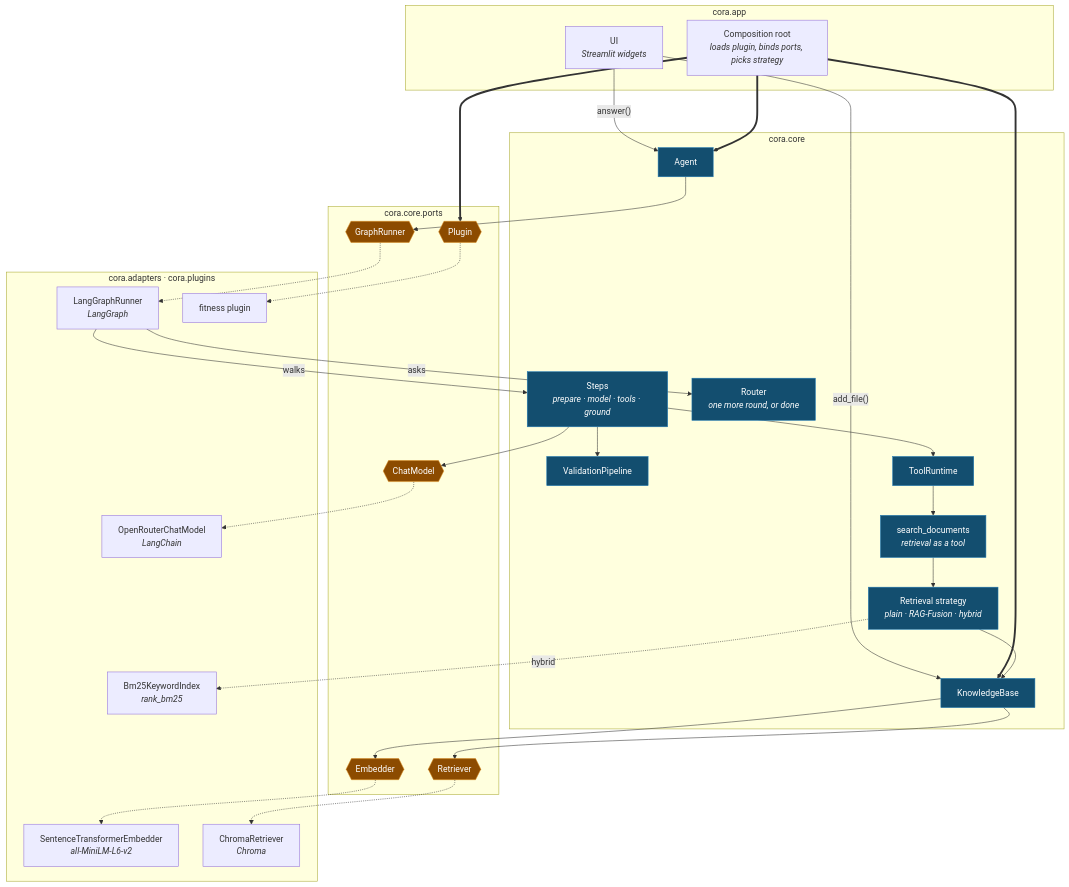
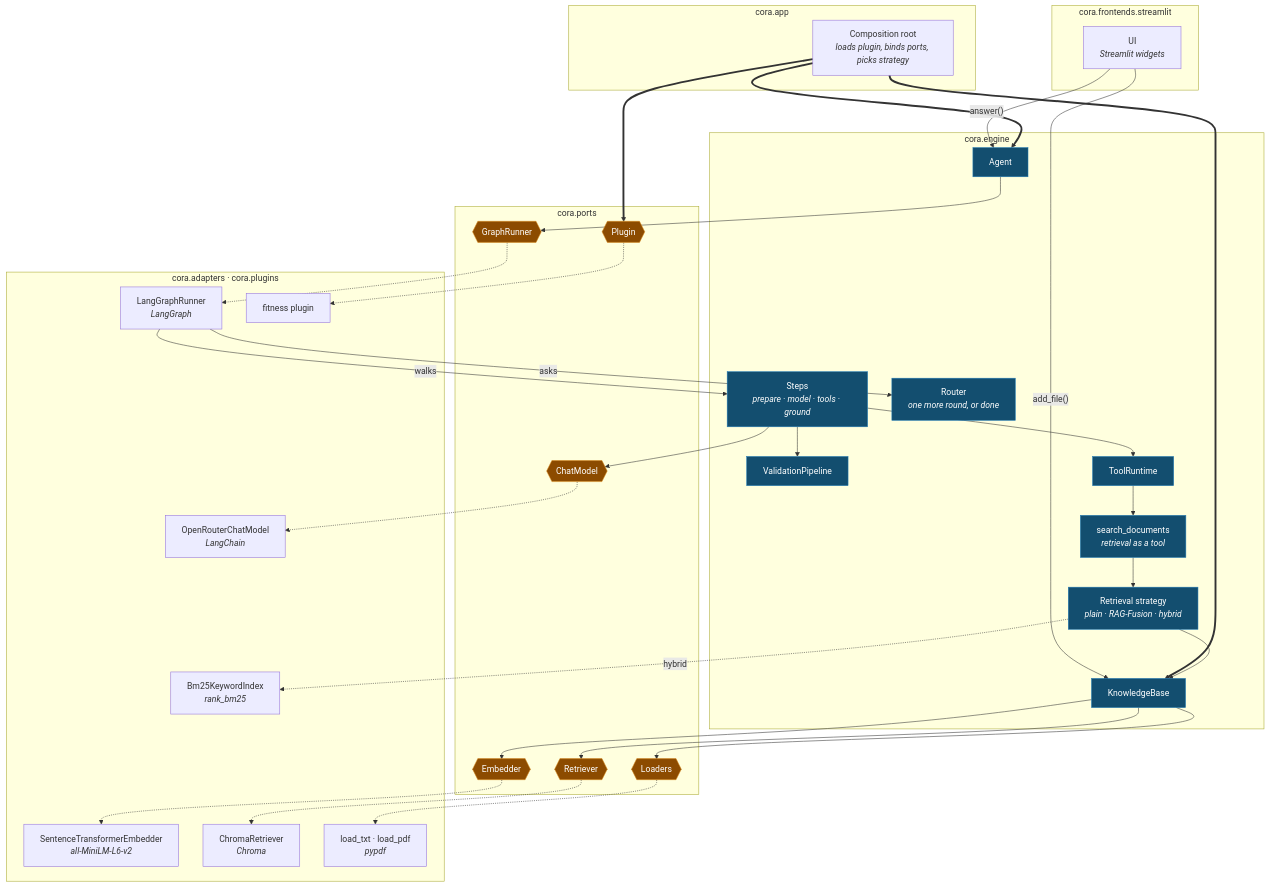
One commit to aschog/cora changed the first of 2 diagrams in docs/big-picture.md. Above: the diagram before and after it, drawn with Mermaid. The commit also changed other lines of this file and 234 other files, not shown here.

````diff
--- a/docs/big-picture.md
+++ b/docs/big-picture.md
@@ -10,64 +10,71 @@
 ```mermaid
 %%{init: {"flowchart": {"nodeSpacing": 45, "rankSpacing": 55, "curve": "basis"}}}%%
 flowchart TB
-  subgraph shell["cora.app"]
+  subgraph shell["cora.frontends.streamlit"]
     ui["UI<br/><i>Streamlit widgets</i>"]
+  end
+
+  subgraph wiring["cora.app"]
     root["Composition root<br/><i>loads plugin, binds ports, picks strategy</i>"]
   end
 
-  subgraph core["cora.core"]
+  subgraph core["cora.engine"]
     agent["Agent"]
     steps["Steps<br/><i>prepare · model · tools · ground</i>"]
     router["Router<br/><i>one more round, or done</i>"]
     val["ValidationPipeline"]
     rt["ToolRuntime"]
     search["search_documents<br/><i>retrieval as a tool</i>"]
     retr["Retrieval strategy<br/><i>plain · RAG-Fusion · hybrid</i>"]
     kb["KnowledgeBase"]
   end
 
-  subgraph seam["cora.core.ports"]
+  subgraph seam["cora.ports"]
     gr{{"GraphRunner"}}
     cm{{"ChatModel"}}
     emb{{"Embedder"}}
     ret{{"Retriever"}}
+    load{{"Loaders"}}
     plug{{"Plugin"}}
   end
 
   subgraph infra["cora.adapters · cora.plugins"]
     lg["LangGraphRunner<br/><i>LangGraph</i>"]
     orc["OpenRouterChatModel<br/><i>LangChain</i>"]
     ste["SentenceTransformerEmbedder<br/><i>all-MiniLM-L6-v2</i>"]
     chroma["ChromaRetriever<br/><i>Chroma</i>"]
     bm25["Bm25KeywordIndex<br/><i>rank_bm25</i>"]
+    load_reg["load_txt · load_pdf<br/><i>pypdf</i>"]
     fit["fitness plugin"]
   end
 
   ui -->|"answer()"| agent
   ui -->|"add_file()"| kb
   root ==> agent
   root ==> kb
   root ==> plug
   agent --> gr
   lg -->|"walks"| steps
   lg -->|"asks"| router
   steps --> cm
   steps --> val
   steps --> rt
   rt --> search
   search --> retr
   retr --> kb
   kb --> emb
   kb --> ret
+  kb --> load
   retr -.->|"hybrid"| bm25
   gr -.-> lg
   cm -.-> orc
   emb -.-> ste
   ret -.-> chroma
+  load -.-> load_reg
   plug -.-> fit
 
   classDef port fill:#8c4b00,stroke:#d98a1f,color:#fff;
   classDef logic fill:#134e6f,stroke:#1f78b4,color:#fff;
-  class gr,cm,emb,ret,plug port;
+  class gr,cm,emb,ret,load,plug port;
   class agent,steps,router,val,rt,search,retr,kb logic;
 ```
````
